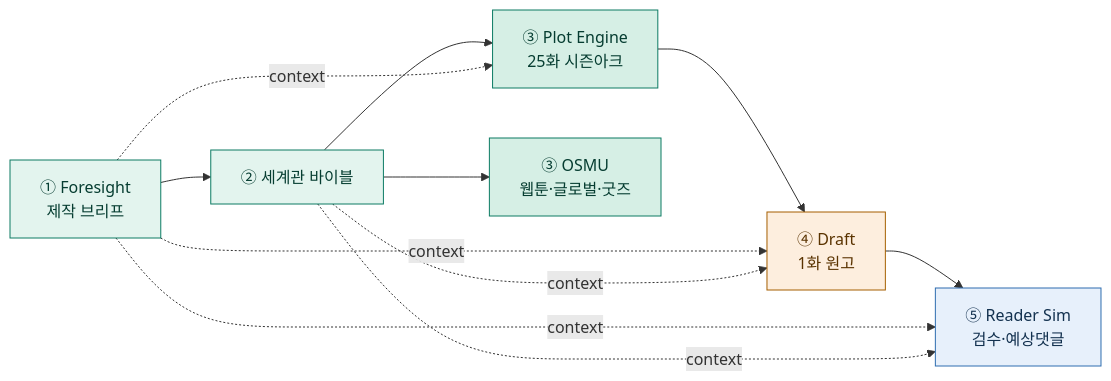
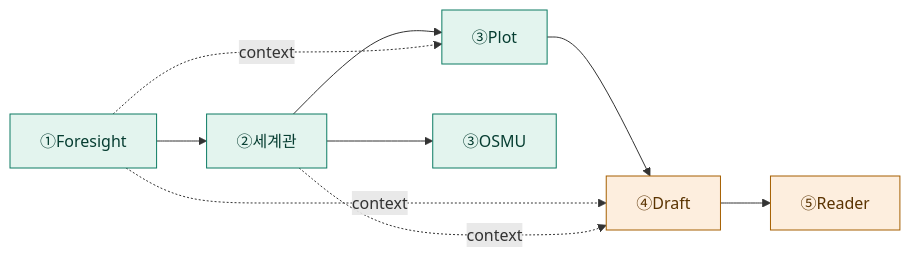
Before and after one commit to swparklab/webnovel-ip-agent: the second of 5 diagrams in paper.md, drawn with Mermaid. The commit also changed other lines of this file, not shown here.

````diff
--- a/paper.md
+++ b/paper.md
@@ -162,24 +107,11 @@
 ```mermaid
 flowchart LR
-    F["① Foresight<br/>제작 브리프"]
-    W["② 세계관 바이블"]
-    P["③ Plot Engine<br/>25화 시즌아크"]
-    O["③ OSMU<br/>웹툰·글로벌·굿즈"]
-    D["④ Draft<br/>1화 원고"]
-    R["⑤ Reader Sim<br/>검수·예상댓글"]
-    F --> W --> P --> D --> R
-    W --> O
+    F["①Foresight"] --> W["②세계관"] --> P["③Plot"] --> D["④Draft"] --> R["⑤Reader"]
+    W --> O["③OSMU"]
     F -. context .-> P
     F -. context .-> D
     W -. context .-> D
-    F -. context .-> R
-    W -. context .-> R
     classDef a fill:#e3f4ee,stroke:#0c7b63,color:#063d31
-    classDef b fill:#d6efe5,stroke:#0c7b63,color:#063d31
     classDef d fill:#fdeede,stroke:#a55f00,color:#5a3300
-    classDef r fill:#e7f0fb,stroke:#2f6db0,color:#13314f
-    class F,W a
-    class P,O b
-    class D d
-    class R r
+    class F,W,P,O a; class D,R d
 ```
````
